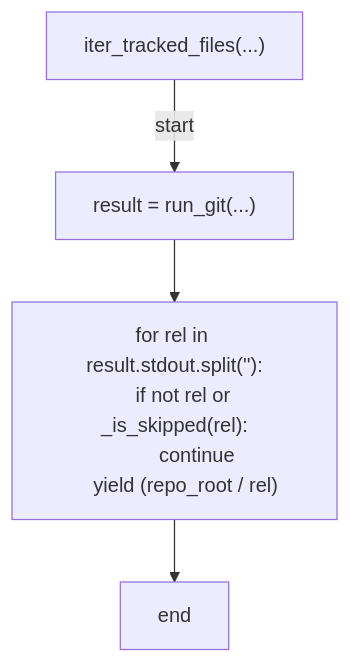
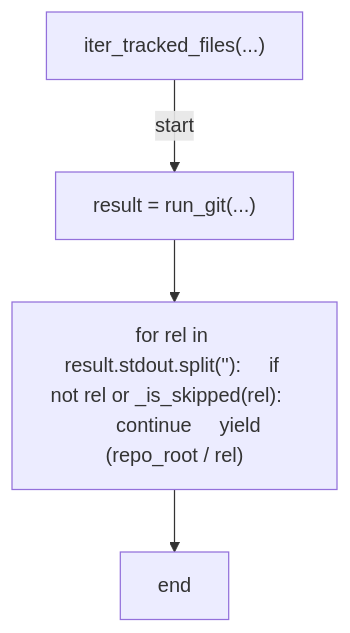
One commit to tvna/claude-md changed the second of 5 diagrams in docs/generated/scripts/ast/scan_secrets.md. Above: the diagram before and after it, drawn with Mermaid. The commit also changed other lines of this file and 23 other files, not shown here.

First line of the commit message:
docs(generated): regenerate decision tree and workflow diagrams (batch 4/5)

````diff
--- a/docs/generated/scripts/ast/scan_secrets.md
+++ b/docs/generated/scripts/ast/scan_secrets.md
@@ -28,13 +28,10 @@
 ```mermaid
 flowchart TD
     N001["iter_tracked_files(...)"]
     N002["result = run_git(...)"]
-    N003["for rel in result.stdout.split('<str>'):
-    if not rel or _is_skipped(rel):
-        continue
-    yield (repo_root / rel)"]
+    N003["for rel in result.stdout.split('<str>'):     if not rel or _is_skipped(rel):         continue     yield (repo_root / rel)"]
     N004["end"]
     N001 -->|"start"| N002
     N002 --> N003
     N003 --> N004
 ```
````
